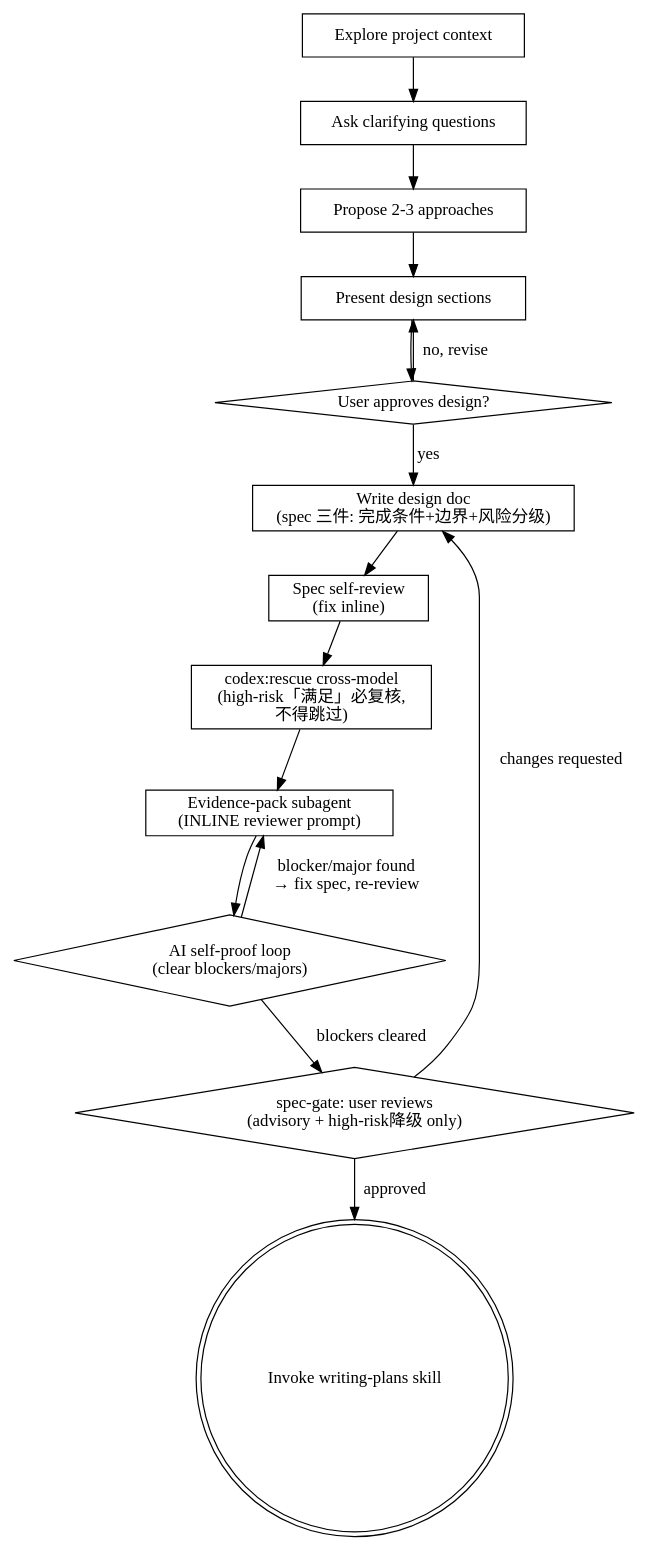
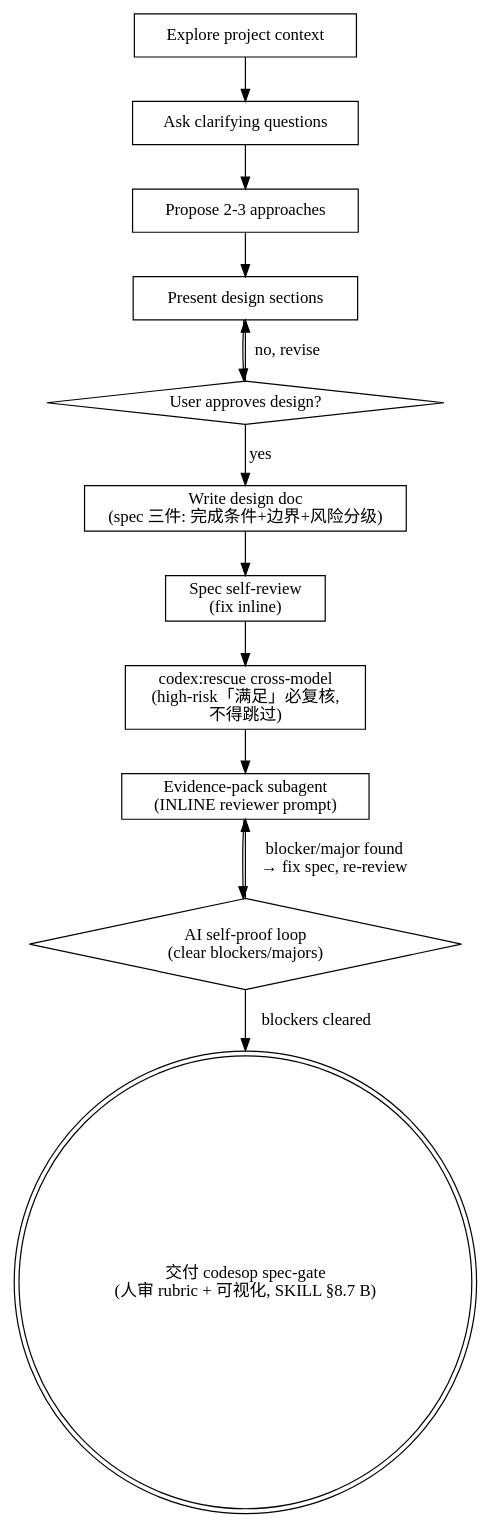
The diagram in patches/superpowers/brainstorming-SKILL.md (veniai/codesop), drawn with Graphviz before and after one commit. The commit also changed other lines of this file and 6 other files, not shown here.

First line of the commit message:
refactor(spec-gate): v4.5.0 spec-gate 归位（架构重构，codex 审 A'）

````diff
--- a/patches/superpowers/brainstorming-SKILL.md
+++ b/patches/superpowers/brainstorming-SKILL.md
@@ -79,31 +78,28 @@
 ```dot
 digraph brainstorming {
     "Explore project context" [shape=box];
     "Ask clarifying questions" [shape=box];
     "Propose 2-3 approaches" [shape=box];
     "Present design sections" [shape=box];
     "User approves design?" [shape=diamond];
     "Write design doc\n(spec 三件: 完成条件+边界+风险分级)" [shape=box];
     "Spec self-review\n(fix inline)" [shape=box];
     "codex:rescue cross-model\n(high-risk「满足」必复核,\n不得跳过)" [shape=box];
     "Evidence-pack subagent\n(INLINE reviewer prompt)" [shape=box];
     "AI self-proof loop\n(clear blockers/majors)" [shape=diamond];
-    "spec-gate: user reviews\n(advisory + high-risk降级 only)" [shape=diamond];
-    "Invoke writing-plans skill" [shape=doublecircle];
+    "交付 codesop spec-gate\n(人审 rubric + 可视化, SKILL §8.7 B)" [shape=doublecircle];
 
     "Explore project context" -> "Ask clarifying questions";
     "Ask clarifying questions" -> "Propose 2-3 approaches";
     "Propose 2-3 approaches" -> "Present design sections";
     "Present design sections" -> "User approves design?";
     "User approves design?" -> "Present design sections" [label="no, revise"];
     "User approves design?" -> "Write design doc\n(spec 三件: 完成条件+边界+风险分级)" [label="yes"];
     "Write design doc\n(spec 三件: 完成条件+边界+风险分级)" -> "Spec self-review\n(fix inline)";
     "Spec self-review\n(fix inline)" -> "codex:rescue cross-model\n(high-risk「满足」必复核,\n不得跳过)";
     "codex:rescue cross-model\n(high-risk「满足」必复核,\n不得跳过)" -> "Evidence-pack subagent\n(INLINE reviewer prompt)";
     "Evidence-pack subagent\n(INLINE reviewer prompt)" -> "AI self-proof loop\n(clear blockers/majors)";
     "AI self-proof loop\n(clear blockers/majors)" -> "Evidence-pack subagent\n(INLINE reviewer prompt)" [label="blocker/major found\n→ fix spec, re-review"];
-    "AI self-proof loop\n(clear blockers/majors)" -> "spec-gate: user reviews\n(advisory + high-risk降级 only)" [label="blockers cleared"];
-    "spec-gate: user reviews\n(advisory + high-risk降级 only)" -> "Write design doc\n(spec 三件: 完成条件+边界+风险分级)" [label="changes requested"];
-    "spec-gate: user reviews\n(advisory + high-risk降级 only)" -> "Invoke writing-plans skill" [label="approved"];
+    "AI self-proof loop\n(clear blockers/majors)" -> "交付 codesop spec-gate\n(人审 rubric + 可视化, SKILL §8.7 B)" [label="blockers cleared"];
 }
 ```
````
